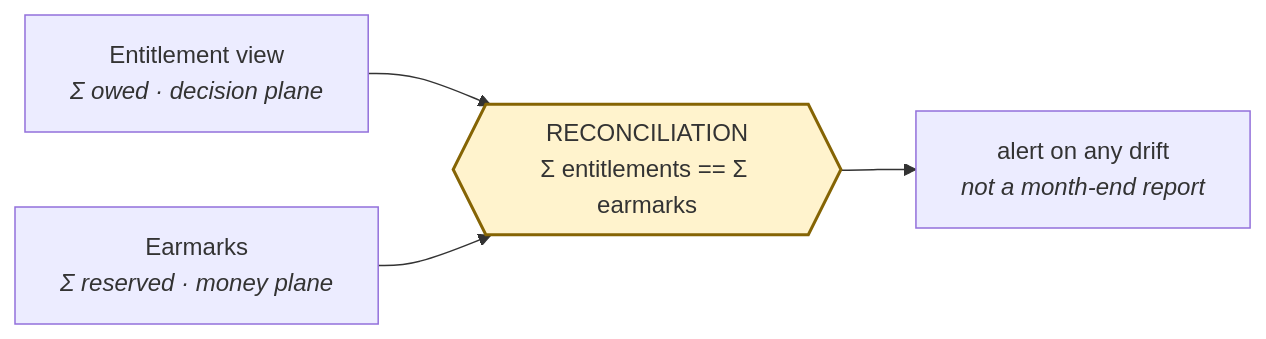
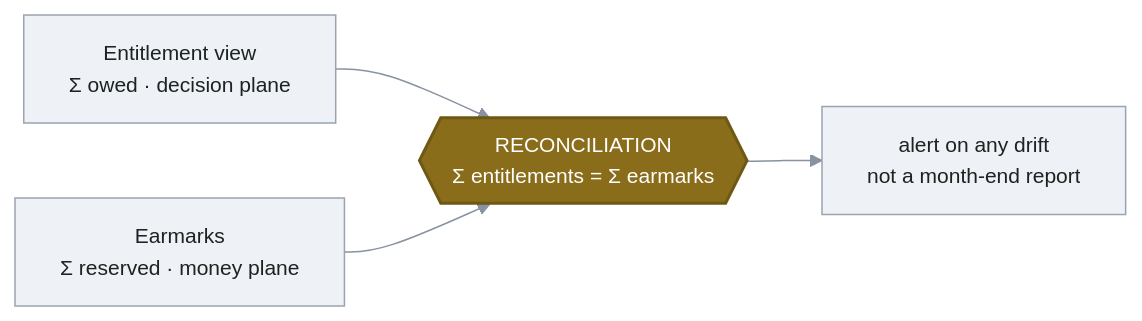
The third of 12 diagrams in docs/02-hld.md (pratikhunny/verdict), drawn with Mermaid before and after one commit. The commit also changed other lines of this file, not shown here.

````diff
--- a/docs/02-hld.md
+++ b/docs/02-hld.md
@@ -146,8 +132,12 @@
 ```mermaid
+%%{init: {'theme':'base','themeVariables':{'fontSize':'14px','lineColor':'#8892a0','edgeLabelBackground':'#ffffff'}}}%%
 flowchart LR
-    ent["Entitlement view<br/><i>Σ owed · decision plane</i>"] --> recon{{"RECONCILIATION<br/>Σ entitlements == Σ earmarks"}}
-    ear["Earmarks<br/><i>Σ reserved · money plane</i>"] --> recon
-    recon --> drift["alert on any drift<br/><i>not a month-end report</i>"]
+    ent["Entitlement view<br/>Σ owed · decision plane"] --> recon{{"RECONCILIATION<br/>Σ entitlements = Σ earmarks"}}
+    ear["Earmarks<br/>Σ reserved · money plane"] --> recon
+    recon --> drift["alert on any drift<br/>not a month-end report"]
 
-    style recon fill:#fff3cd,stroke:#856404,stroke-width:2px
+    classDef box fill:#eef1f5,color:#1b2420,stroke:#9aa4b0,stroke-width:1px;
+    classDef control fill:#8a6d1a,color:#ffffff,stroke:#6f5714,stroke-width:2px;
+    class ent,ear,drift box;
+    class recon control;
 ```
````
